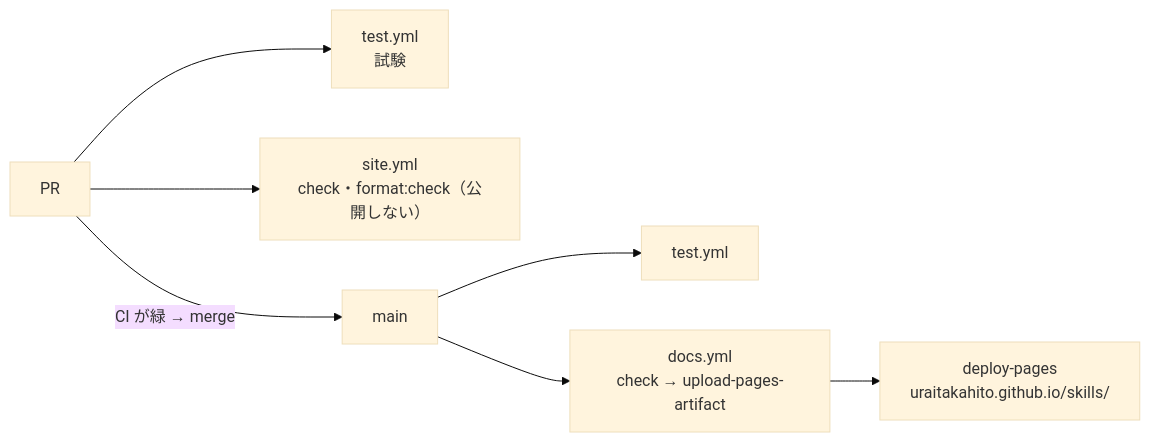
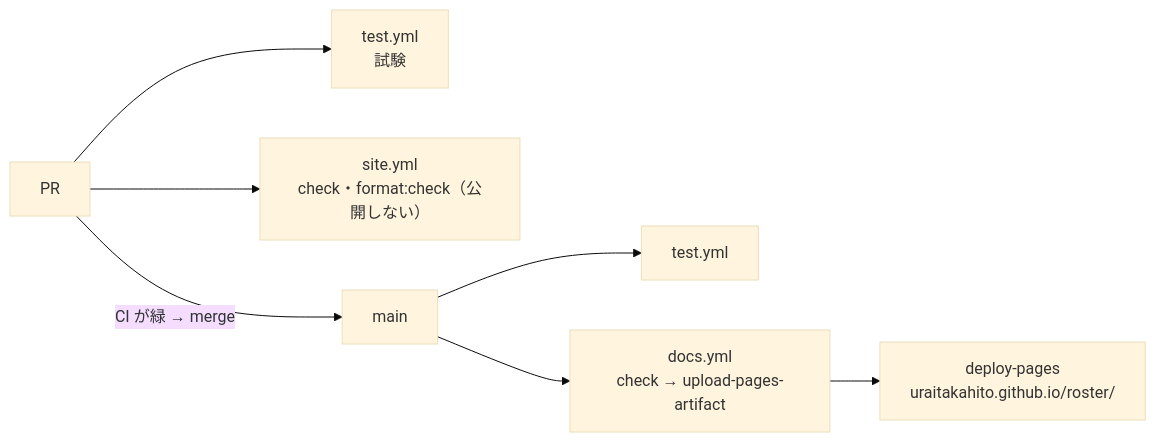
Before and after one commit to uraitakahito/roster: the diagram in docs-site/src/content/docs/development.md, drawn with Mermaid (base theme). The commit also changed other lines of this file and 18 other files, not shown here.

First line of the commit message:
chore: repo の名を skills から roster に替える（t-nsgr） (#153)

````diff
--- a/docs-site/src/content/docs/development.md
+++ b/docs-site/src/content/docs/development.md
@@ -89,9 +89,9 @@
 ```mermaid
 flowchart LR
   PR["PR"] --> T["test.yml<br/>試験"]
   PR --> C["site.yml<br/>check・format:check（公開しない）"]
   PR -->|"CI が緑 → merge"| M["main"]
   M --> T2["test.yml"]
   M --> D["docs.yml<br/>check → upload-pages-artifact"]
-  D --> P["deploy-pages<br/>uraitakahito.github.io/skills/"]
+  D --> P["deploy-pages<br/>uraitakahito.github.io/roster/"]
 ```
````
